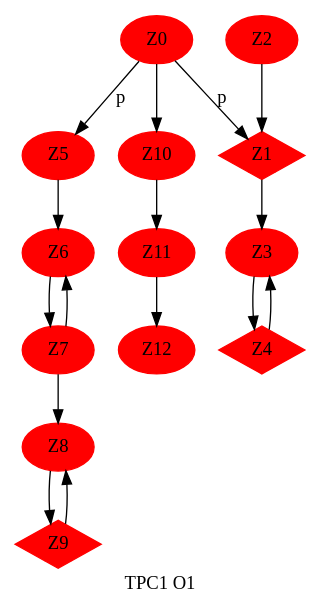
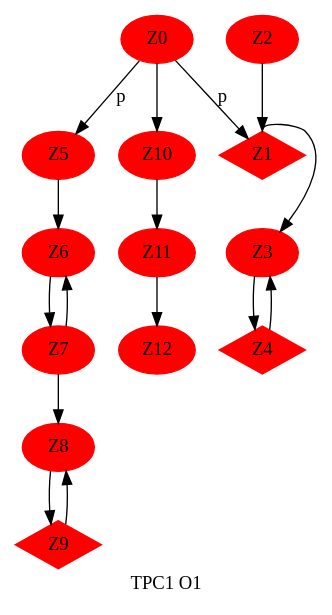
Before and after one commit to sidner/Dot2Dot-v2: the diagram in src/texto2.dot, drawn with Graphviz. The commit also changed 2 other files, not shown here.

Commit message:
Function addNodes now handles sequences.

```diff
--- a/src/texto2.dot
+++ b/src/texto2.dot
@@ -1,15 +1,15 @@
 digraph tpc1 {
                node [style=filled,color=red];
                
        Z0 ->Z1 [label= "p"];
-                Z1 : Z2 -> Z3 -> Z4;
+                Z1 : n -> Z3 -> Z4;
                Z2 -> Z1; Z4 -> Z3;
                Z0 -> Z5 [label="p"];
                Z5 -> Z6 -> Z7 ->Z8 -> Z9;
                Z7 -> Z6; Z9 -> Z8;
                Z0 -> Z10 -> Z11 -> Z12;
                label = "TPC1 O1"
        Z4[shape=Mdiamond]
        Z9[shape=Mdiamond]
        Z1[shape=Mdiamond]
 }
```
